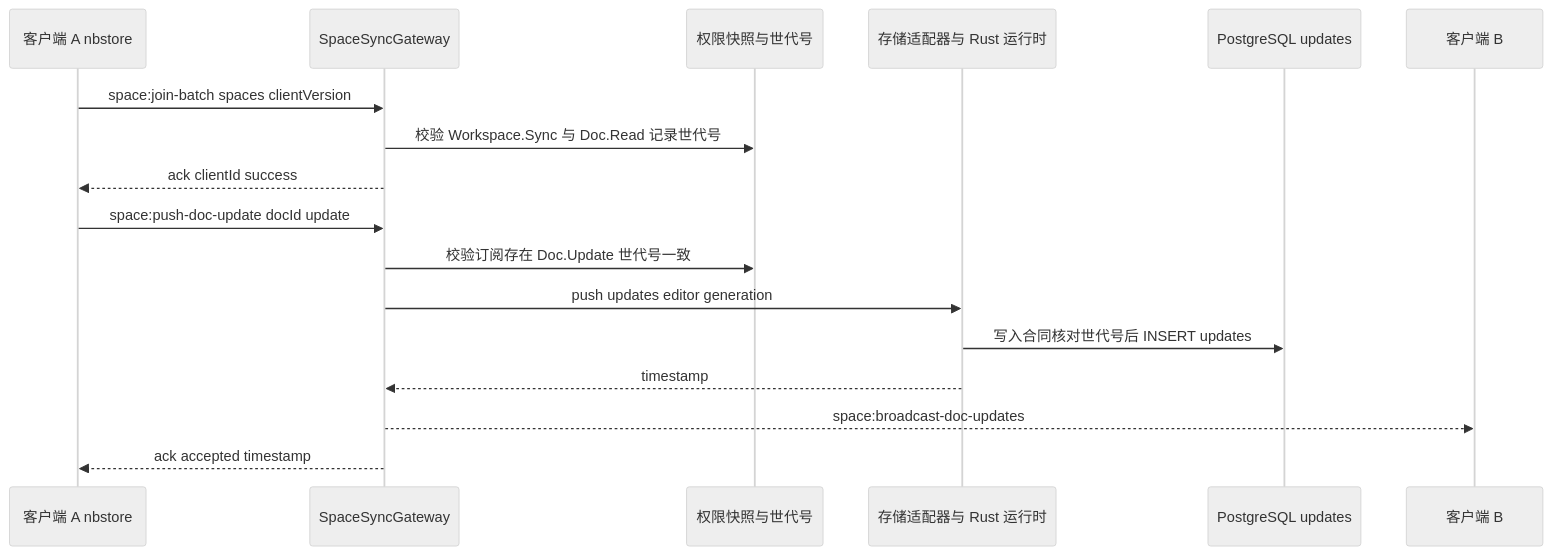
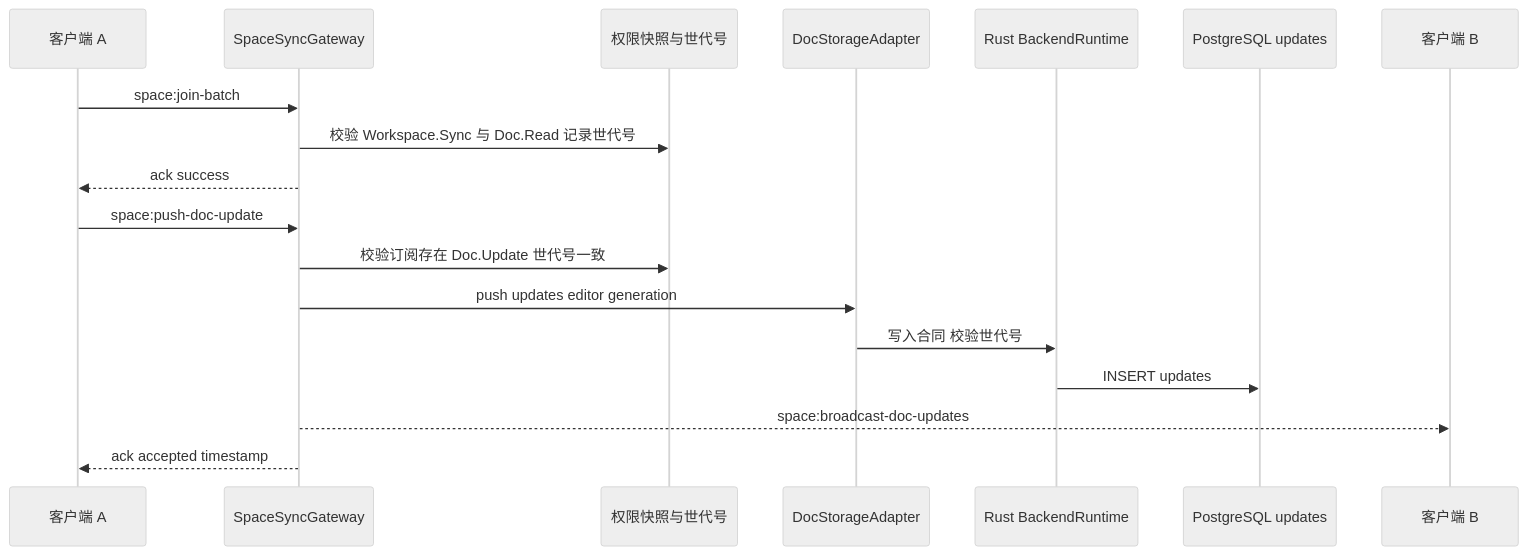
One commit to lfire/AFFiNE changed the third of 5 diagrams in learning-guide/slides/decks/23.md. Above: the diagram before and after it, drawn with Mermaid (neutral theme). The commit also changed other lines of this file and 46 other files, not shown here.

````diff
--- a/learning-guide/slides/decks/23.md
+++ b/learning-guide/slides/decks/23.md
@@ -247,19 +219,20 @@
 ```mermaid
 sequenceDiagram
-    participant A as 客户端 A nbstore
-    participant G as SpaceSyncGateway
-    participant P as 权限快照与世代号
-    participant D as 存储适配器与 Rust 运行时
-    participant DB as PostgreSQL updates
-    participant B as 客户端 B
-    A->>G: space:join-batch spaces clientVersion
-    G->>P: 校验 Workspace.Sync 与 Doc.Read 记录世代号
-    G-->>A: ack clientId success
-    A->>G: space:push-doc-update docId update
-    G->>P: 校验订阅存在 Doc.Update 世代号一致
-    G->>D: push updates editor generation
-    D->>DB: 写入合同核对世代号后 INSERT updates
-    D-->>G: timestamp
-    G-->>B: space:broadcast-doc-updates
-    G-->>A: ack accepted timestamp
+  participant A as 客户端 A
+  participant G as SpaceSyncGateway
+  participant P as 权限快照与世代号
+  participant D as DocStorageAdapter
+  participant R as Rust BackendRuntime
+  participant DB as PostgreSQL updates
+  participant B as 客户端 B
+  A->>G: space:join-batch
+  G->>P: 校验 Workspace.Sync 与 Doc.Read 记录世代号
+  G-->>A: ack success
+  A->>G: space:push-doc-update
+  G->>P: 校验订阅存在 Doc.Update 世代号一致
+  G->>D: push updates editor generation
+  D->>R: 写入合同 校验世代号
+  R->>DB: INSERT updates
+  G-->>B: space:broadcast-doc-updates
+  G-->>A: ack accepted timestamp
 ```
````
